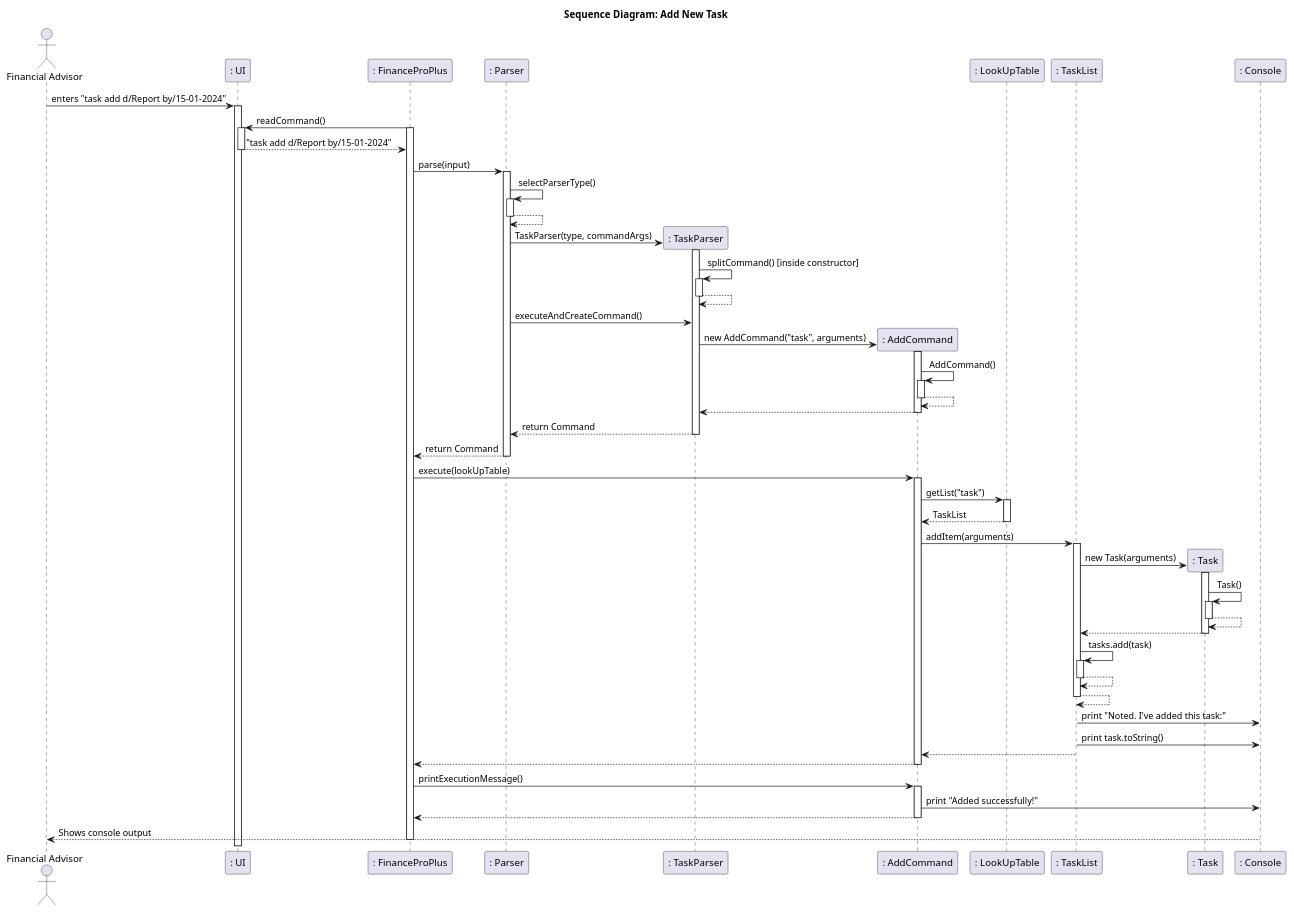
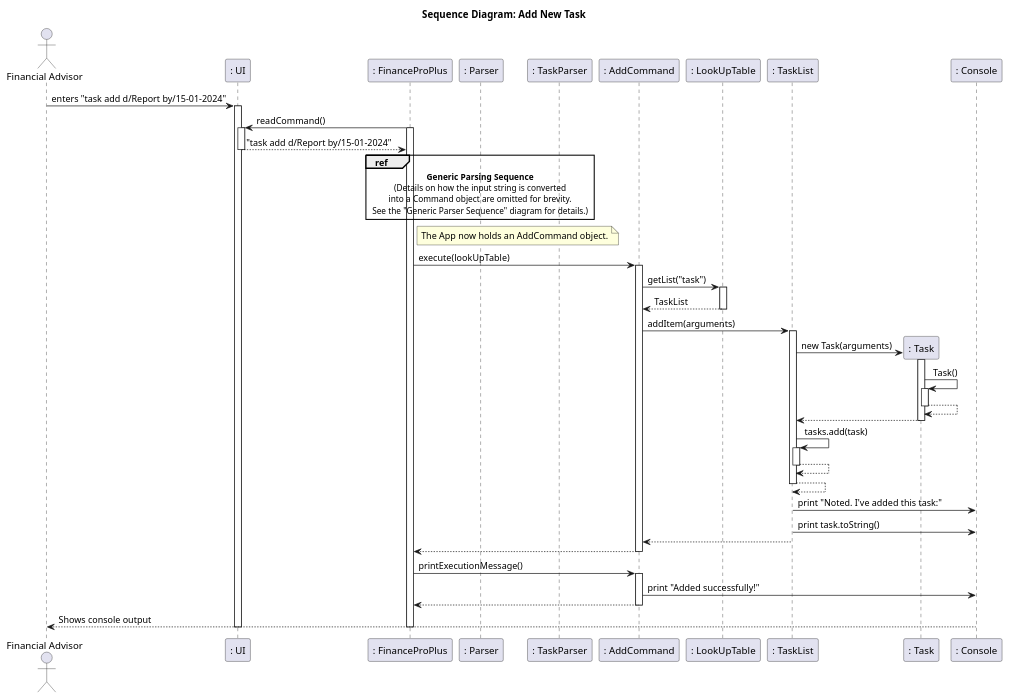
Before and after one commit to ZT712002/tp: the diagram in docs/umldiagrams/tasksequence.puml, drawn with PlantUML. The commit also changed 1 other file, not shown here.

Commit message:
updated task sequence diagram with abstract parsing sequence.

```diff
--- a/docs/umldiagrams/tasksequence.puml
+++ b/docs/umldiagrams/tasksequence.puml
@@ -1,97 +1,78 @@
 @startuml
 
 
 title Sequence Diagram: Add New Task
 
 
 actor User as "Financial Advisor"
 participant ": UI" as UI
 participant ": FinanceProPlus" as App
 participant ": Parser" as Parser
 participant ": TaskParser" as TaskParser
 participant ": AddCommand" as Command
 participant ": LookUpTable" as LookUpTable
 participant ": TaskList" as TaskList
 participant ": Task" as Task
 participant ": Console" as Console
 
 
 User -> UI: enters "task add d/Report by/15-01-2024"
 activate UI
 App -> UI: readCommand()
 activate App
 activate UI
 UI --> App: "task add d/Report by/15-01-2024"
 deactivate UI
-App -> Parser: parse(input)
-activate Parser
 
+ref over App, Parser, TaskParser
+    **Generic Parsing Sequence**
+    (Details on how the input string is converted
+    into a Command object are omitted for brevity.
+    See the "Generic Parser Sequence" diagram for details.)
+end ref
 
-    Parser -> Parser: selectParserType()
-    activate Parser
-    Parser --> Parser
-    deactivate Parser
-    Parser -> TaskParser**: TaskParser(type, commandArgs)
-    activate TaskParser
+note right of App: The App now holds an AddCommand object.
 
-    TaskParser -> TaskParser: splitCommand() [inside constructor]
-    activate TaskParser
-    TaskParser --> TaskParser
-    deactivate TaskParser
-
-    Parser -> TaskParser: executeAndCreateCommand()
-    TaskParser -> Command**: new AddCommand("task", arguments)
-    activate Command
-    Command -> Command: AddCommand()
-    activate Command
-    Command --> Command
-    deactivate Command
-    Command --> TaskParser
-    deactivate Command
-    TaskParser --> Parser: return Command
-    deactivate TaskParser
-    Parser --> App: return Command
-    deactivate Parser
-    App -> Command: execute(lookUpTable)
+App -> Command: execute(lookUpTable)
     activate Command
     Command -> LookUpTable: getList("task")
     activate LookUpTable
     LookUpTable --> Command: TaskList
     deactivate LookUpTable
     Command -> TaskList: addItem(arguments)
     activate TaskList
 
     TaskList -> Task**: new Task(arguments)
     activate Task
 
     Task -> Task: Task()
     activate Task
     Task --> Task
     deactivate Task
     Task --> TaskList
     deactivate Task
     TaskList -> TaskList: tasks.add(task)
     activate TaskList
     TaskList --> TaskList
     deactivate TaskList
     TaskList --> TaskList
     deactivate TaskList
     TaskList -> Console: print "Noted. I've added this task:"
     TaskList -> Console: print task.toString()
     TaskList --> Command
     deactivate TaskList
     Command --> App
     deactivate Command
     App -> Command: printExecutionMessage()
     Activate Command
     Command -> Console: print "Added successfully!"
     Command --> App
     deactivate Command
 
 
     Console --> User: Shows console output
 
-deactivate Parser
 deactivate App
+deactivate UI
 
 @enduml
```
